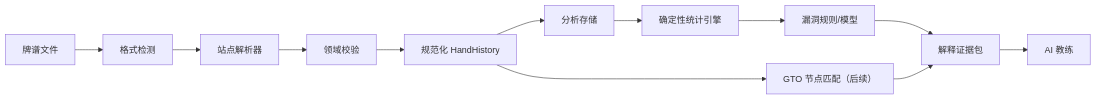
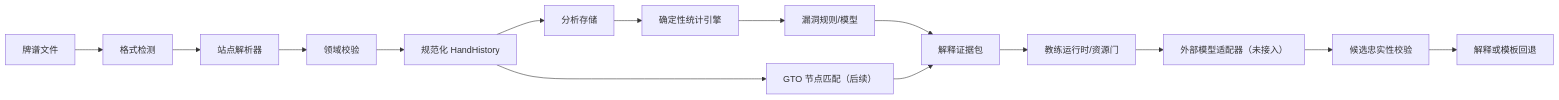
The diagram in docs/ARCHITECTURE.md (runshu-W/rivermind-poker), drawn with Mermaid before and after one commit. The commit also changed other lines of this file and 12 other files, not shown here.

````diff
--- a/docs/ARCHITECTURE.md
+++ b/docs/ARCHITECTURE.md
@@ -13,14 +13,17 @@
 ```mermaid
 flowchart LR
     HH["牌谱文件"] --> DET["格式检测"]
     DET --> PAR["站点解析器"]
     PAR --> VAL["领域校验"]
     VAL --> NORM["规范化 HandHistory"]
     NORM --> STORE["分析存储"]
     STORE --> STAT["确定性统计引擎"]
     STAT --> LEAK["漏洞规则/模型"]
     LEAK --> EVID["解释证据包"]
-    EVID --> LLM["AI 教练"]
+    EVID --> CRT["教练运行时/资源门"]
+    CRT --> LLM["外部模型适配器（未接入）"]
+    LLM --> CVAL["候选忠实性校验"]
+    CVAL --> COACH["解释或模板回退"]
     NORM --> MATCH["GTO 节点匹配（后续）"]
     MATCH --> EVID
 ```
````
